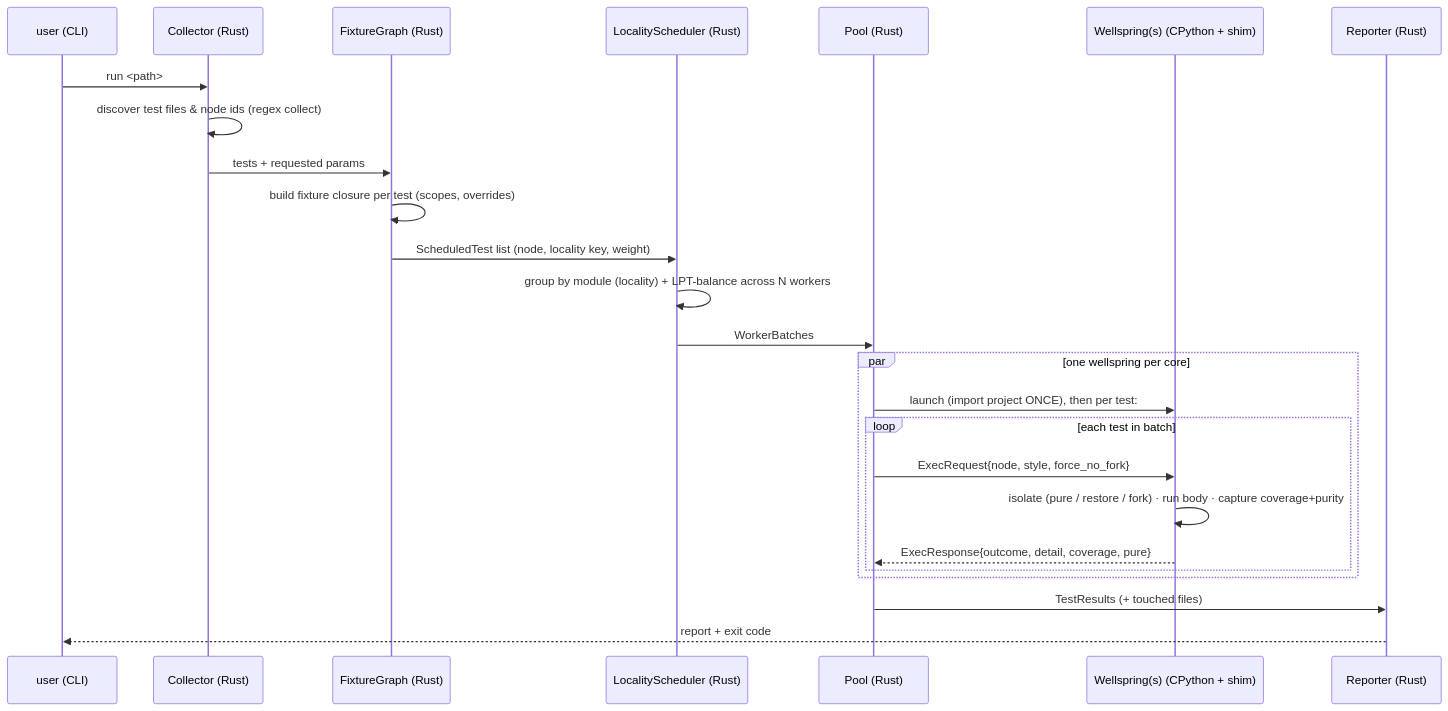
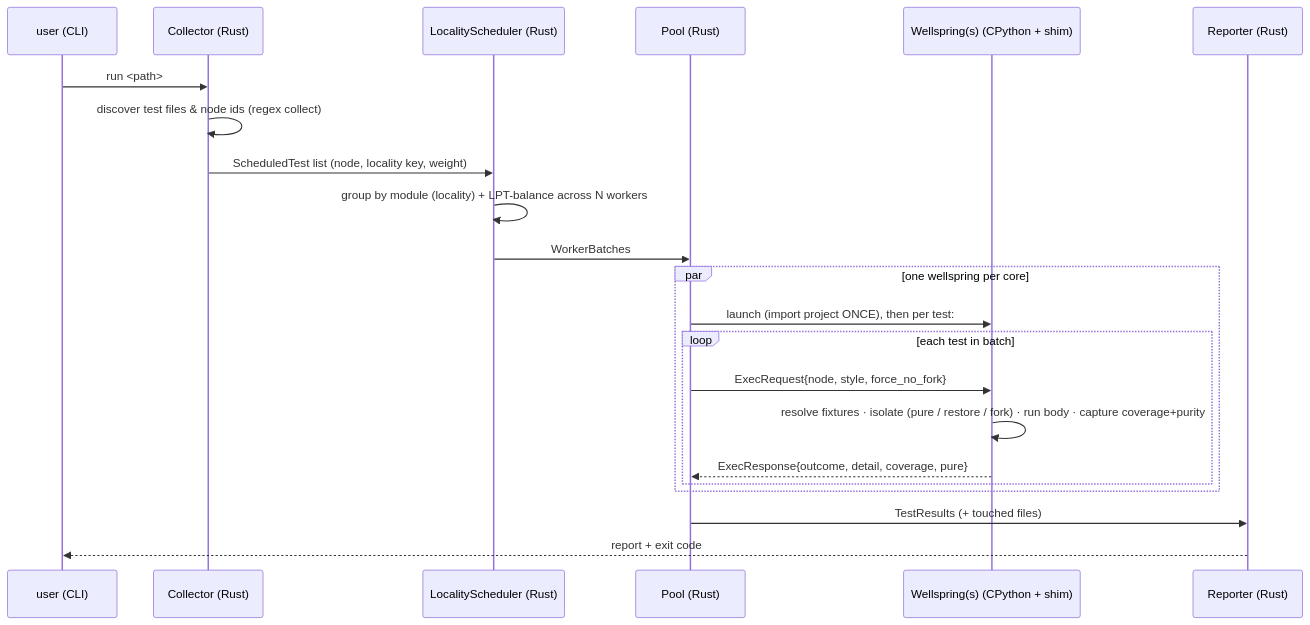
Before and after one commit to snoodleboot-io/tiderace: the third of 9 diagrams in ARCHITECTURE.md, drawn with Mermaid. The commit also changed other lines of this file and 36 other files, not shown here.

First line of the commit message:
refactor(engine): retire the Rust fixture graph and the Phase-3 memory-governor group (TID-110, steps 1 and 3) (#177)

````diff
--- a/ARCHITECTURE.md
+++ b/ARCHITECTURE.md
@@ -110,28 +109,25 @@
 ```mermaid
 sequenceDiagram
     participant U as user (CLI)
     participant C as Collector (Rust)
-    participant F as FixtureGraph (Rust)
     participant S as LocalityScheduler (Rust)
     participant P as Pool (Rust)
     participant W as Wellspring(s) (CPython + shim)
     participant R as Reporter (Rust)
 
     U->>C: run <path>
     C->>C: discover test files & node ids (regex collect)
-    C->>F: tests + requested params
-    F->>F: build fixture closure per test (scopes, overrides)
-    F->>S: ScheduledTest list (node, locality key, weight)
+    C->>S: ScheduledTest list (node, locality key, weight)
     S->>S: group by module (locality) + LPT-balance across N workers
     S->>P: WorkerBatches
     par one wellspring per core
         P->>W: launch (import project ONCE), then per test:
         loop each test in batch
             P->>W: ExecRequest{node, style, force_no_fork}
-            W->>W: isolate (pure / restore / fork) · run body · capture coverage+purity
+            W->>W: resolve fixtures · isolate (pure / restore / fork) · run body · capture coverage+purity
             W-->>P: ExecResponse{outcome, detail, coverage, pure}
         end
     end
     P->>R: TestResults (+ touched files)
     R-->>U: report + exit code
 ```
````
